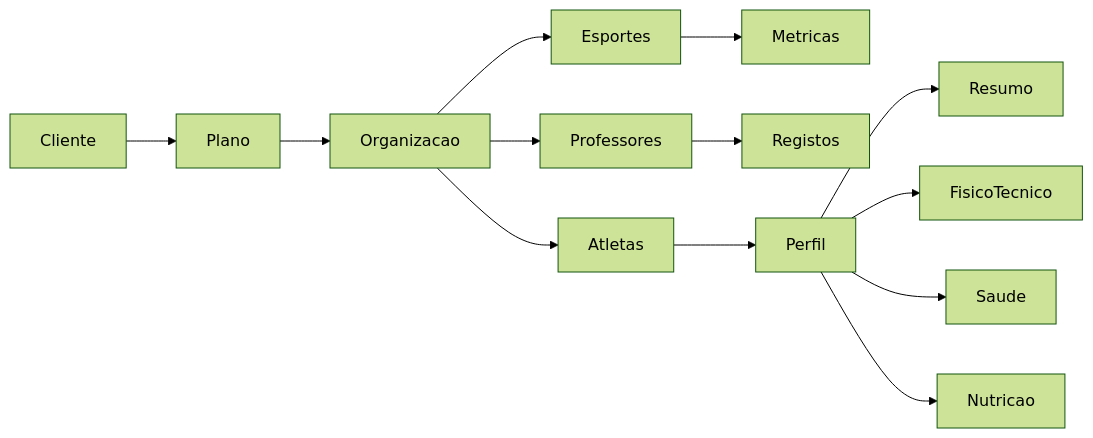
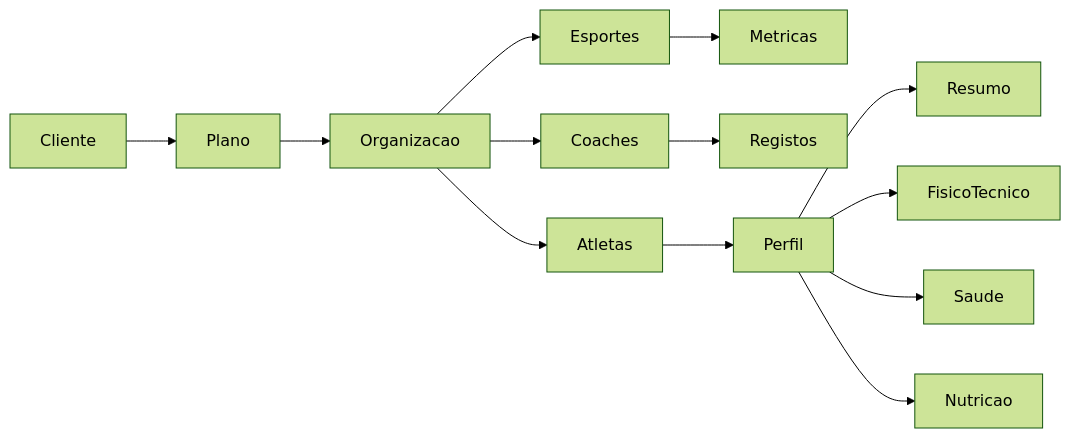
One commit to luishfbr/zentria changed the diagram in .cursor/rules/zentria-domain.mdc. Above: the diagram before and after it, drawn with Mermaid (forest theme). The commit also changed other lines of this file and 47 other files, not shown here.

````diff
--- a/.cursor/rules/zentria-domain.mdc
+++ b/.cursor/rules/zentria-domain.mdc
@@ -45,15 +45,15 @@
 ```mermaid
 flowchart LR
   Cliente --> Plano
   Plano --> Organizacao
   Organizacao --> Esportes
-  Organizacao --> Professores
+  Organizacao --> Coaches
   Organizacao --> Atletas
   Esportes --> Metricas
-  Professores --> Registos
+  Coaches --> Registos
   Atletas --> Perfil
   Perfil --> Resumo
   Perfil --> FisicoTecnico
   Perfil --> Saude
   Perfil --> Nutricao
 ```
````
